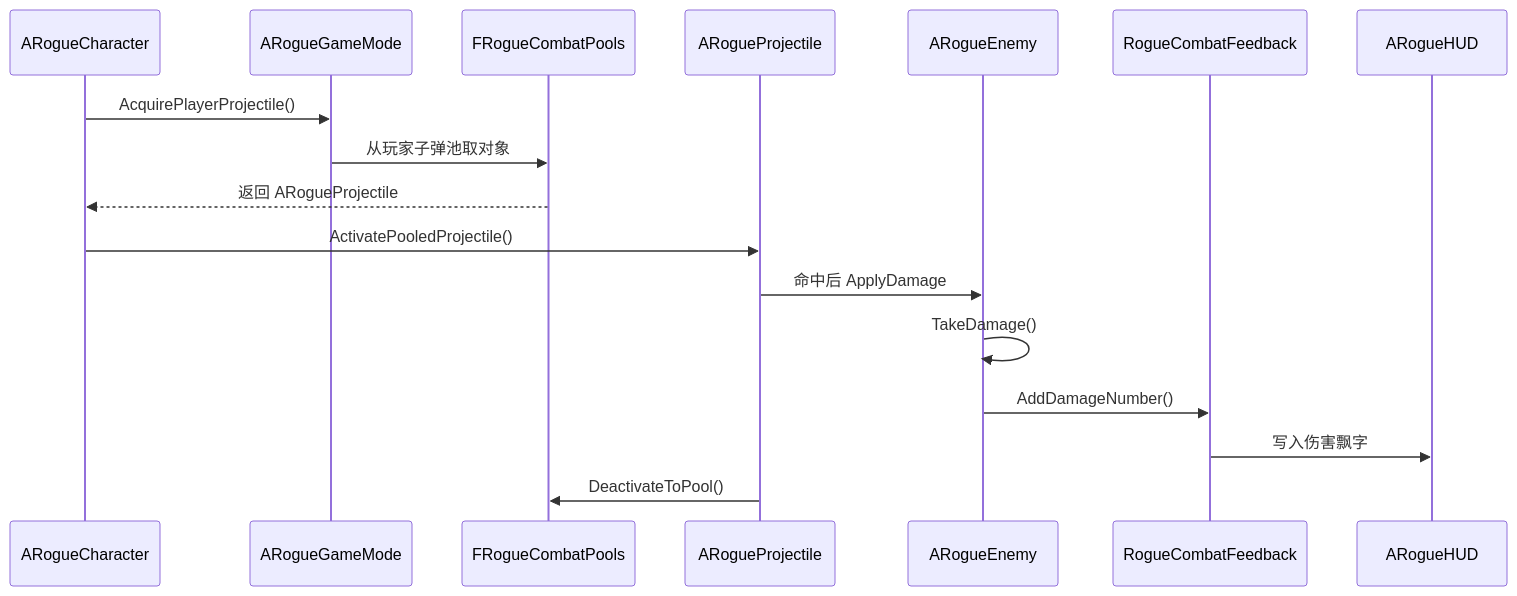
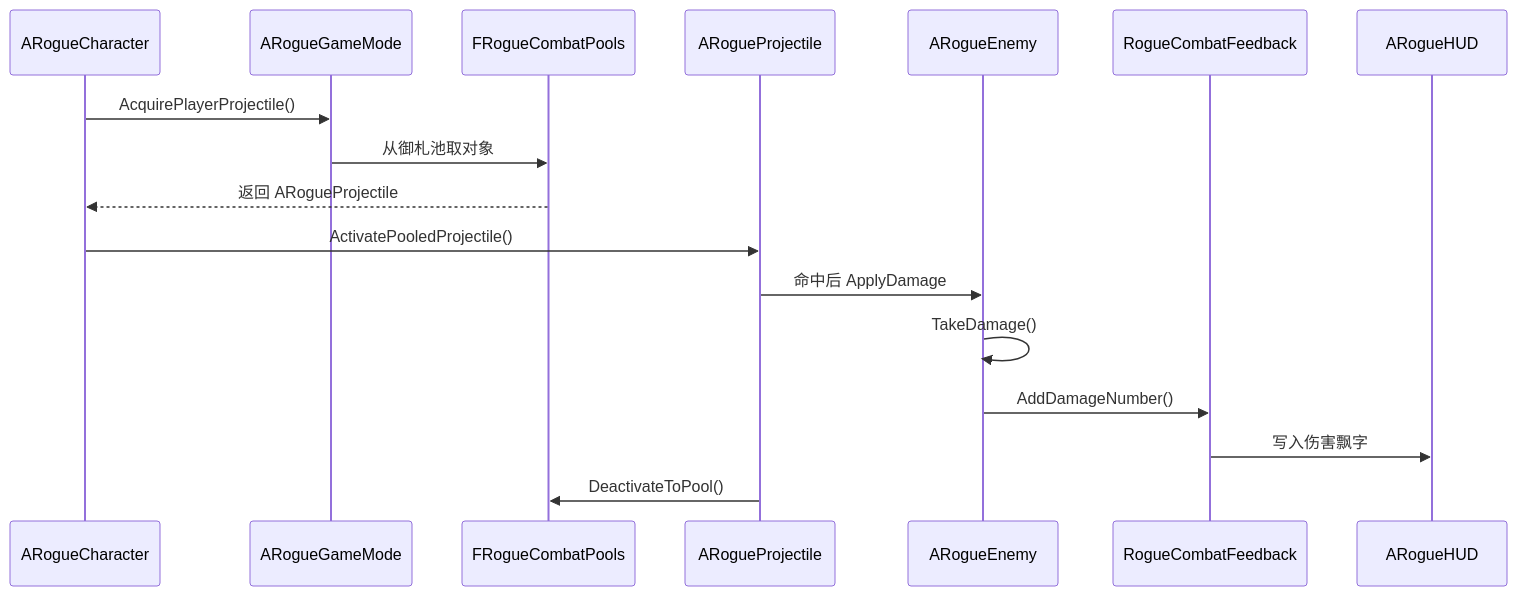
One commit to Elysiasloverly/AI- changed the second of 4 diagrams in Docs/System-Architecture-Overview.md. Above: the diagram before and after it, drawn with Mermaid. The commit also changed other lines of this file and 54 other files, not shown here.

````diff
--- a/Docs/System-Architecture-Overview.md
+++ b/Docs/System-Architecture-Overview.md
@@ -823,20 +823,20 @@
 ```mermaid
 sequenceDiagram
     participant C as ARogueCharacter
     participant GM as ARogueGameMode
     participant Pool as FRogueCombatPools
     participant P as ARogueProjectile
     participant E as ARogueEnemy
     participant FB as RogueCombatFeedback
     participant HUD as ARogueHUD
 
     C->>GM: AcquirePlayerProjectile()
-    GM->>Pool: 从玩家子弹池取对象
+    GM->>Pool: 从御札池取对象
     Pool-->>C: 返回 ARogueProjectile
     C->>P: ActivatePooledProjectile()
     P->>E: 命中后 ApplyDamage
     E->>E: TakeDamage()
     E->>FB: AddDamageNumber()
     FB->>HUD: 写入伤害飘字
     P->>Pool: DeactivateToPool()
 ```
````
